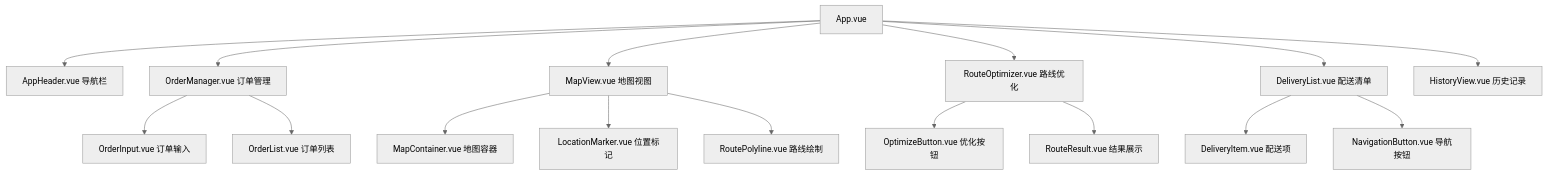
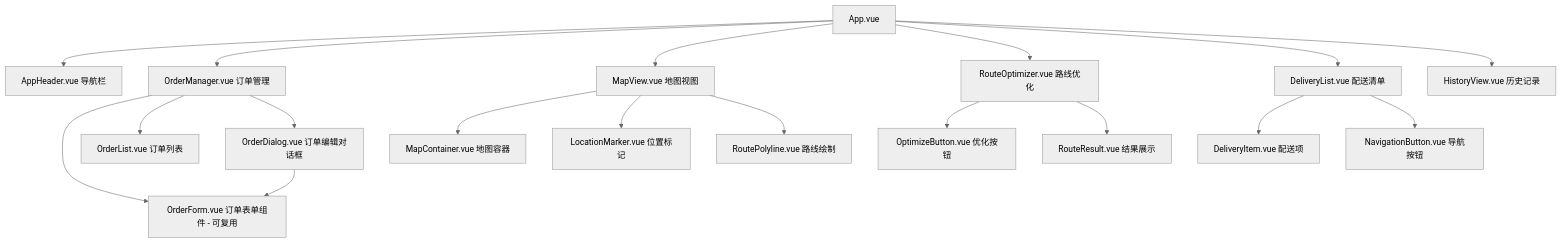
One commit to Maxiaochuan123/delivery-route-optimizer changed the second of 2 diagrams in .kiro/specs/design.md. Above: the diagram before and after it, drawn with Mermaid (neutral theme). The commit also changed other lines of this file and 10 other files, not shown here.

Commit message:
feat: 创建了可复用的 OrderForm 组件 - 支持添加和编辑两种模式 移除了 OrderInput 中间层 - pages/orders.vue 现在直接使用 OrderForm 组件 地址显示简短化 - 所有地方都显示 POI 简短名称 地址联想搜索 - 集成了高德地图搜索 API

````diff
--- a/.kiro/specs/design.md
+++ b/.kiro/specs/design.md
@@ -40,22 +40,24 @@
 ```mermaid
 graph TD
     A[App.vue] --> B[AppHeader.vue 导航栏]
     A --> C[OrderManager.vue 订单管理]
     A --> D[MapView.vue 地图视图]
     A --> E[RouteOptimizer.vue 路线优化]
     A --> F[DeliveryList.vue 配送清单]
     A --> G[HistoryView.vue 历史记录]
 
-    C --> C1[OrderInput.vue 订单输入]
+    C --> C1[OrderForm.vue 订单表单组件 - 可复用]
     C --> C2[OrderList.vue 订单列表]
+    C --> C3[OrderDialog.vue 订单编辑对话框]
+    C3 --> C1
 
     D --> D1[MapContainer.vue 地图容器]
     D --> D2[LocationMarker.vue 位置标记]
     D --> D3[RoutePolyline.vue 路线绘制]
 
     E --> E1[OptimizeButton.vue 优化按钮]
     E --> E2[RouteResult.vue 结果展示]
 
     F --> F1[DeliveryItem.vue 配送项]
     F --> F2[NavigationButton.vue 导航按钮]
 ```
````
